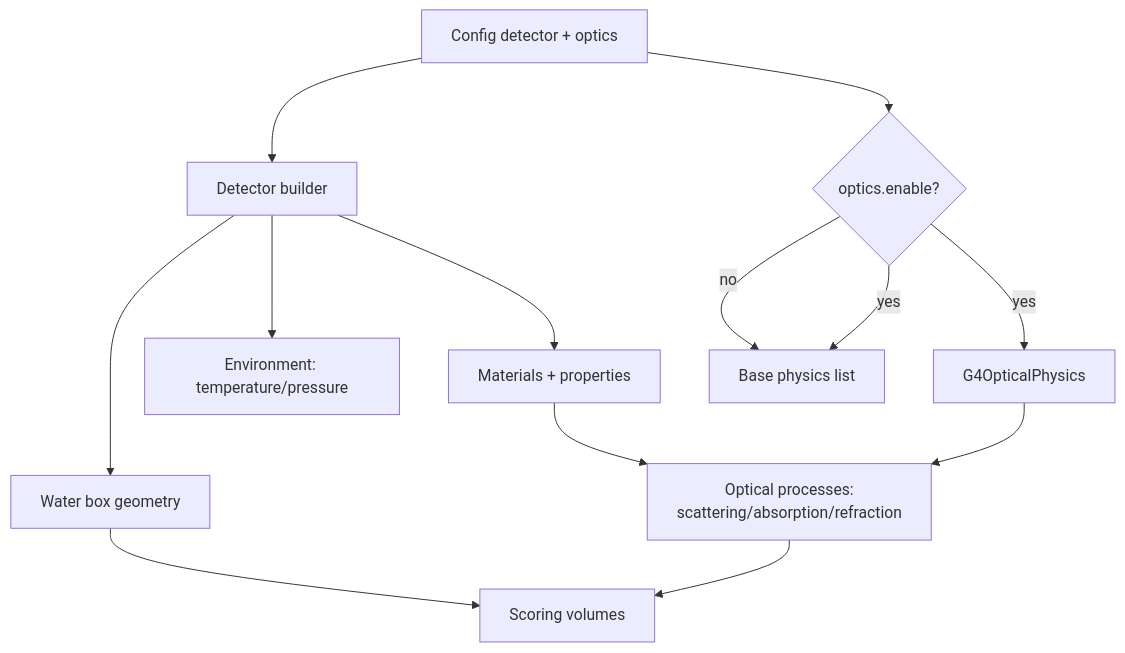
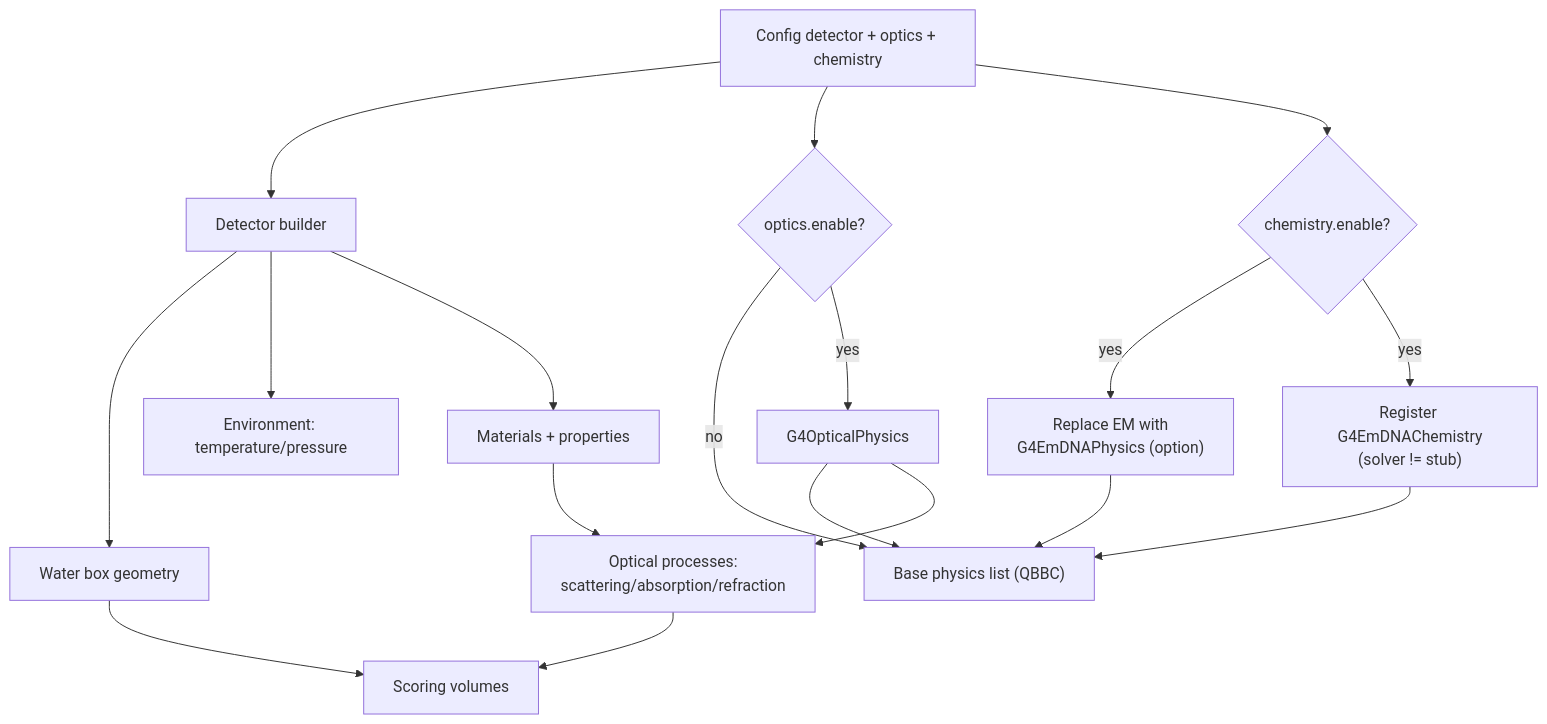
Before and after one commit to Geckos-Ink/trech: the third of 6 diagrams in CHARTS.md, drawn with Mermaid. The commit also changed other lines of this file and 9 other files, not shown here.

````diff
--- a/CHARTS.md
+++ b/CHARTS.md
@@ -60,15 +60,20 @@
 ```mermaid
 flowchart TB
-  CFG["Config detector + optics"] --> DETB["Detector builder"]
+  CFG["Config detector + optics + chemistry"] --> DETB["Detector builder"]
   DETB --> GEO["Water box geometry"]
   DETB --> ENV["Environment: temperature/pressure"]
   DETB --> MAT["Materials + properties"]
   CFG --> OPT{optics.enable?}
-  OPT -- no --> PHYBASE["Base physics list"]
-  OPT -- yes --> PHYBASE
+  CFG --> CHEM{chemistry.enable?}
+  OPT -- no --> PHYBASE["Base physics list (QBBC)"]
   OPT -- yes --> OPTPHYS["G4OpticalPhysics"]
+  OPTPHYS --> PHYBASE
+  CHEM -- yes --> DNAPHYS["Replace EM with\nG4EmDNAPhysics (option)"]
+  CHEM -- yes --> DNACHEM["Register G4EmDNAChemistry\n(solver != stub)"]
+  DNAPHYS --> PHYBASE
+  DNACHEM --> PHYBASE
   OPTPHYS --> OP["Optical processes:\nscattering/absorption/refraction"]
   MAT --> OP
   GEO --> SD["Scoring volumes"]
   OP --> SD
 ```
````
